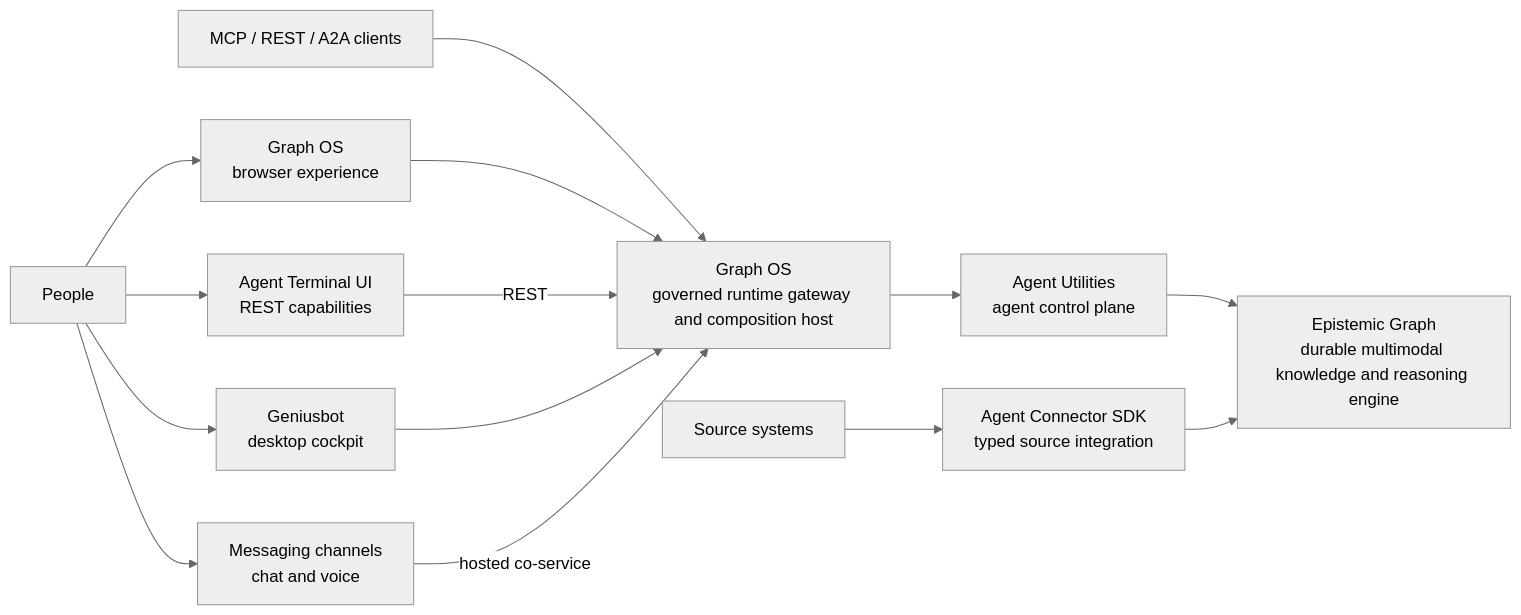
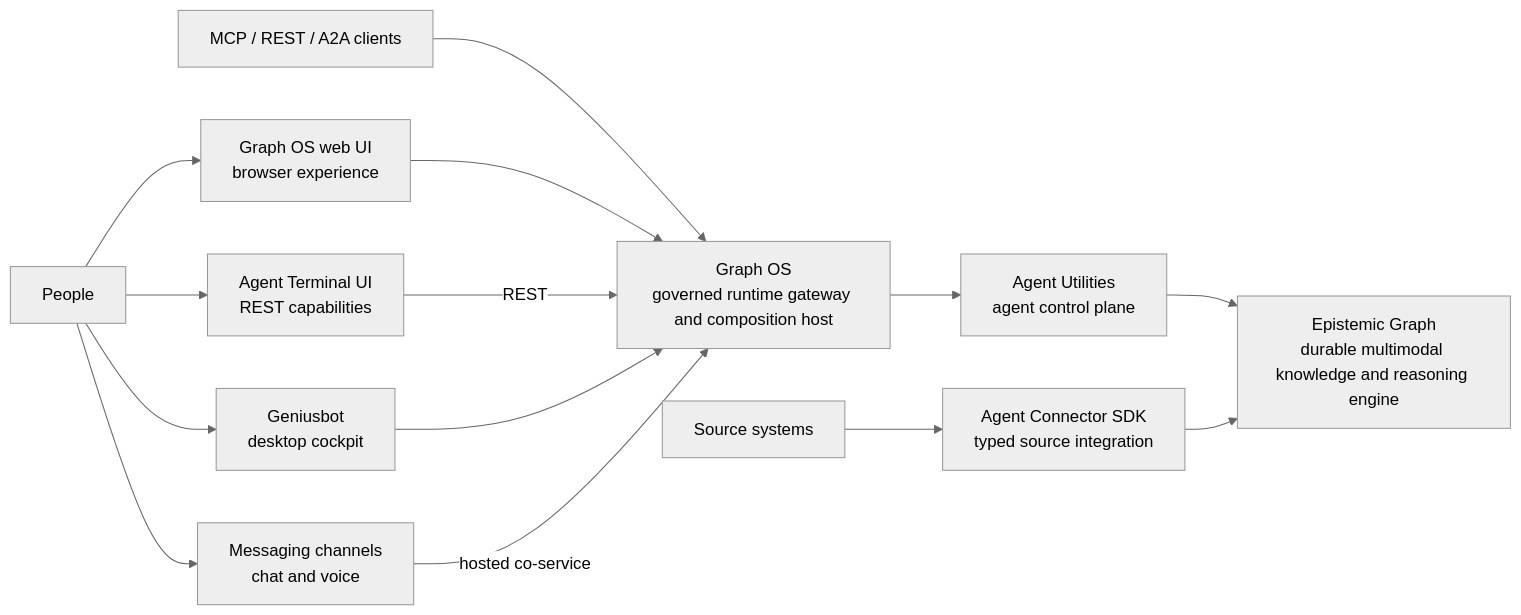
Before and after one commit to Knuckles-Team/agent-webui: the diagram in docs/assets/runtime-architecture.mmd, drawn with Mermaid (neutral theme). The commit also changed 2 other files, not shown here.

Commit message:
docs: resync theme (Graph OS web UI display name)
Resync the shared MkDocs theme assets from pipelines@main: the
"Agent Web UI" display name is now "Graph OS web UI" in the
glossary and runtime-architecture diagram source/SVG.

```diff
--- a/docs/assets/runtime-architecture.mmd
+++ b/docs/assets/runtime-architecture.mmd
@@ -1,26 +1,26 @@
 flowchart LR
   People["People"]
-  WebUI["Graph OS<br/>browser experience"]
+  WebUI["Graph OS web UI<br/>browser experience"]
   TUI["Agent Terminal UI<br/>REST capabilities"]
   Genius["Geniusbot<br/>desktop cockpit"]
   Messaging["Messaging channels<br/>chat and voice"]
   Clients["MCP / REST / A2A clients"]
   GraphOS["Graph OS<br/>governed runtime gateway and composition host"]
   AU["Agent Utilities<br/>agent control plane"]
   EG["Epistemic Graph<br/>durable multimodal knowledge and reasoning engine"]
   Sources["Source systems"]
   SDK["Agent Connector SDK<br/>typed source integration"]
 
   People --> WebUI
   People --> TUI
   People --> Genius
   People --> Messaging
   Clients --> GraphOS
   WebUI --> GraphOS
   TUI -->|REST| GraphOS
   Genius --> GraphOS
   Messaging -->|hosted co-service| GraphOS
   GraphOS --> AU
   AU --> EG
   Sources --> SDK
   SDK --> EG
```
